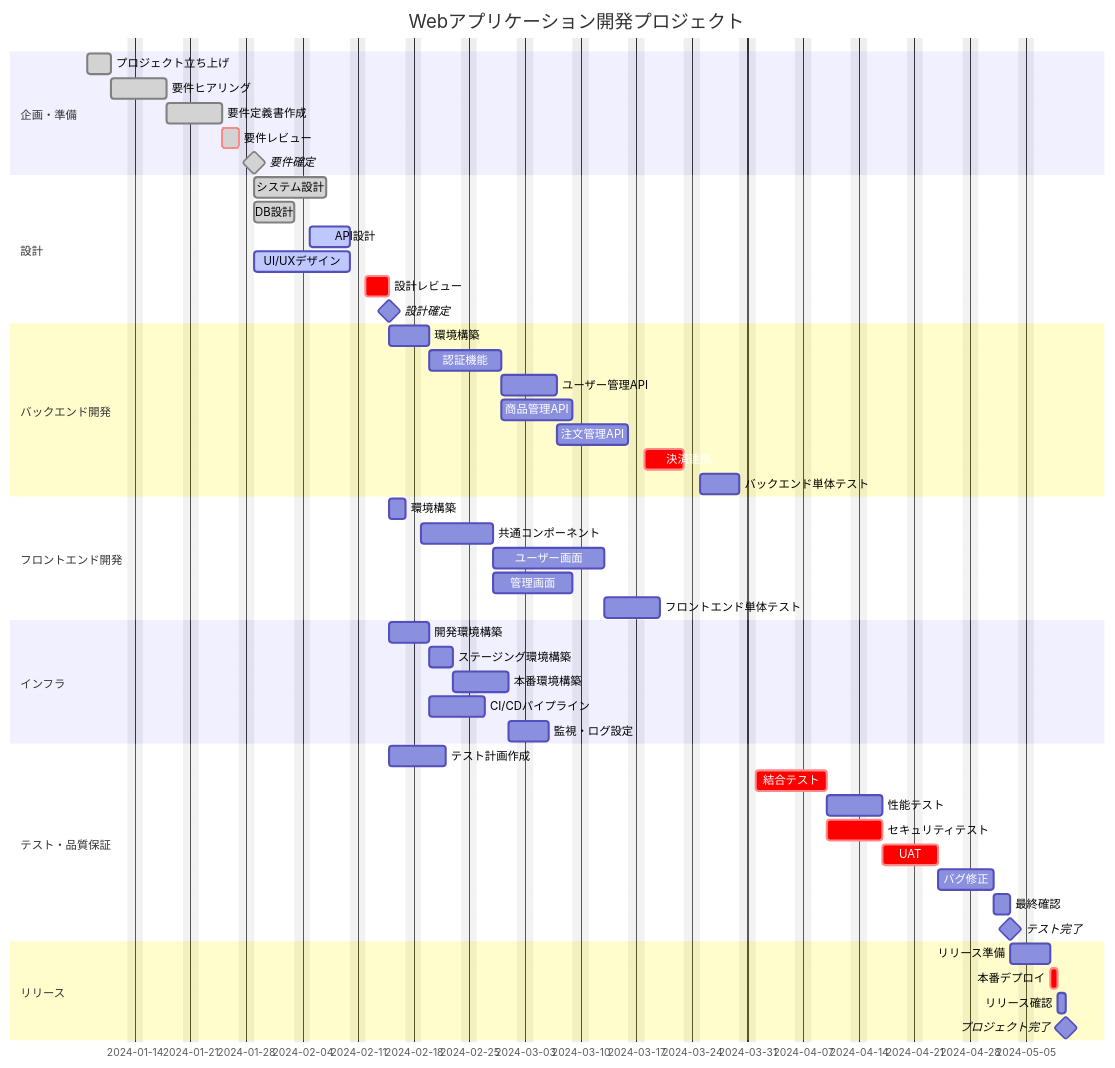
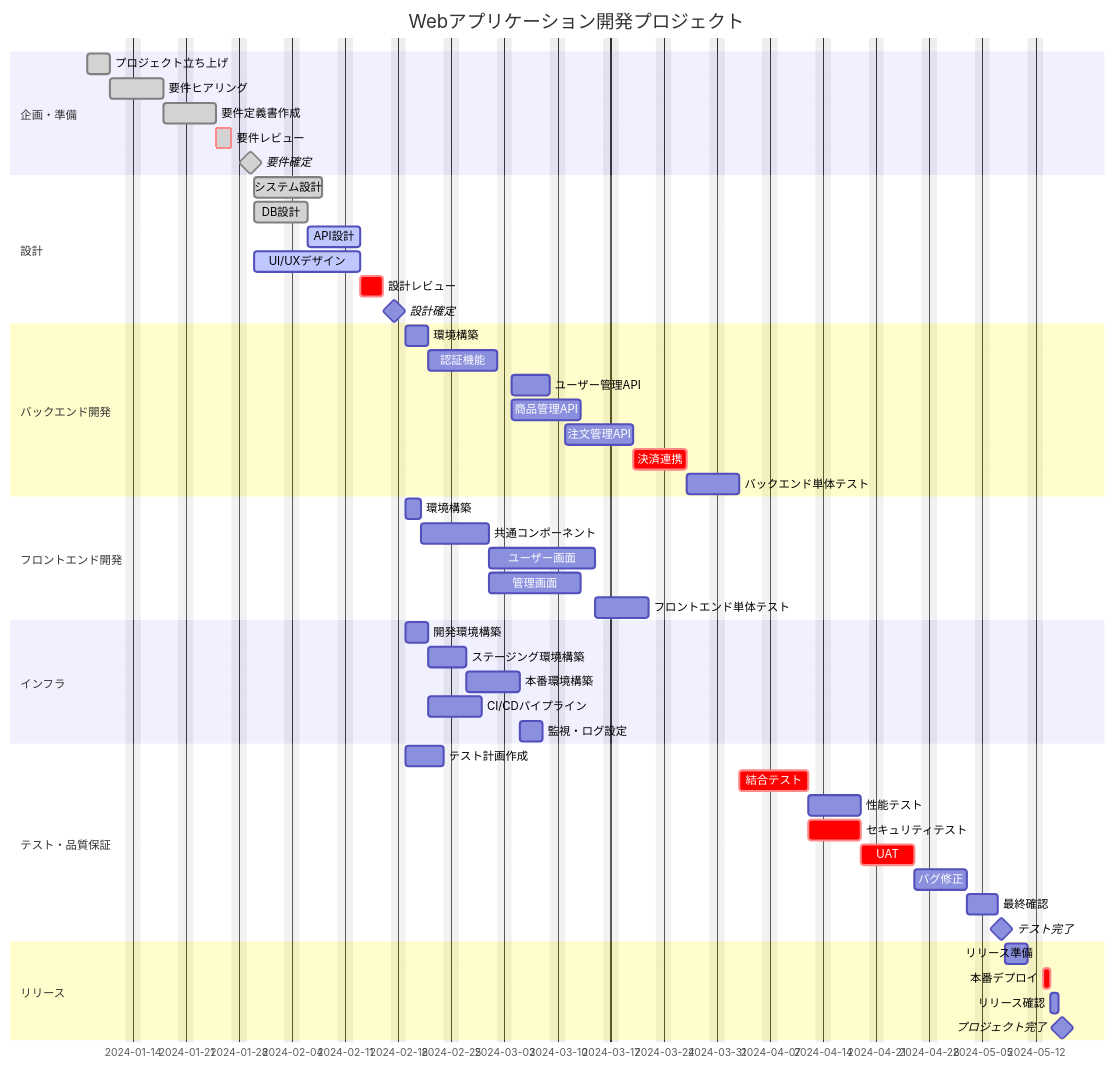
Diagram 12 of 13 in 06_gantt.md (iwatsushi/mermaid), drawn with Mermaid before and after one commit. The commit also changed other lines of this file and 5 other files, not shown here.

````diff
--- a/06_gantt.md
+++ b/06_gantt.md
@@ -203,60 +199,60 @@
 ```mermaid
 gantt
     title Webアプリケーション開発プロジェクト
     dateFormat YYYY-MM-DD
     excludes weekends
 
     section 企画・準備
     プロジェクト立ち上げ :done, p1, 2024-01-08, 3d
     要件ヒアリング :done, p2, after p1, 5d
     要件定義書作成 :done, p3, after p2, 5d
     要件レビュー :done, crit, p4, after p3, 2d
-    要件確定 :done, milestone, m1, after p4, 0d
+    要件確定 :done, milestone, m1, after p4, 1d
 
     section 設計
     システム設計 :done, d1, after m1, 7d
     DB設計 :done, d2, after m1, 5d
     API設計 :active, d3, after d2, 5d
     UI/UXデザイン :active, d4, after m1, 10d
     設計レビュー :crit, d5, after d1 d3 d4, 3d
-    設計確定 :milestone, m2, after d5, 0d
+    設計確定 :milestone, m2, after d5, 1d
 
     section バックエンド開発
     環境構築 :be1, after m2, 3d
     認証機能 :be2, after be1, 7d
     ユーザー管理API :be3, after be2, 5d
     商品管理API :be4, after be2, 7d
     注文管理API :be5, after be3, 7d
     決済連携 :crit, be6, after be5, 5d
     バックエンド単体テスト :be7, after be4 be6, 5d
 
     section フロントエンド開発
     環境構築 :fe1, after m2, 2d
     共通コンポーネント :fe2, after fe1, 7d
     ユーザー画面 :fe3, after fe2, 10d
     管理画面 :fe4, after fe2, 8d
     フロントエンド単体テスト :fe5, after fe3 fe4, 5d
 
     section インフラ
     開発環境構築 :inf1, after m2, 3d
     ステージング環境構築 :inf2, after inf1, 3d
     本番環境構築 :inf3, after inf2, 5d
     CI/CDパイプライン :inf4, after inf1, 5d
     監視・ログ設定 :inf5, after inf3, 3d
 
     section テスト・品質保証
     テスト計画作成 :qa1, after m2, 5d
     結合テスト :crit, qa2, after be7 fe5, 7d
     性能テスト :qa3, after qa2, 5d
     セキュリティテスト :crit, qa4, after qa2, 5d
     UAT :crit, qa5, after qa3 qa4, 5d
     バグ修正 :qa6, after qa5, 5d
     最終確認 :qa7, after qa6, 2d
-    テスト完了 :milestone, m3, after qa7, 0d
+    テスト完了 :milestone, m3, after qa7, 1d
 
     section リリース
     リリース準備 :r1, after m3, 3d
     本番デプロイ :crit, r2, after r1, 1d
     リリース確認 :r3, after r2, 1d
-    プロジェクト完了 :milestone, m4, after r3, 0d
+    プロジェクト完了 :milestone, m4, after r3, 1d
 ```
````
